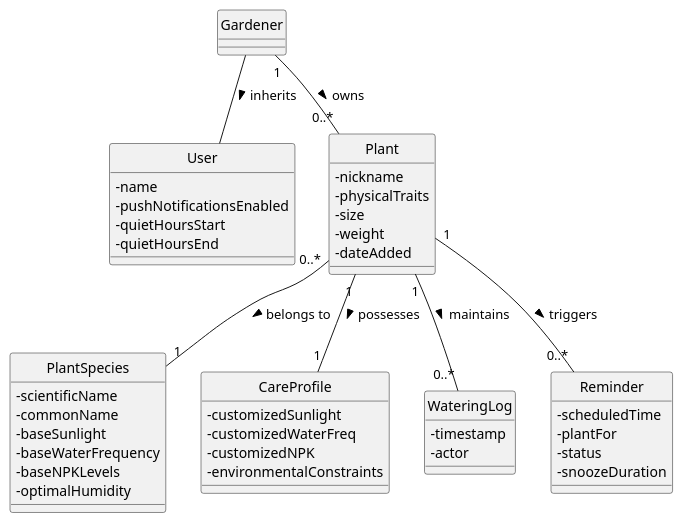
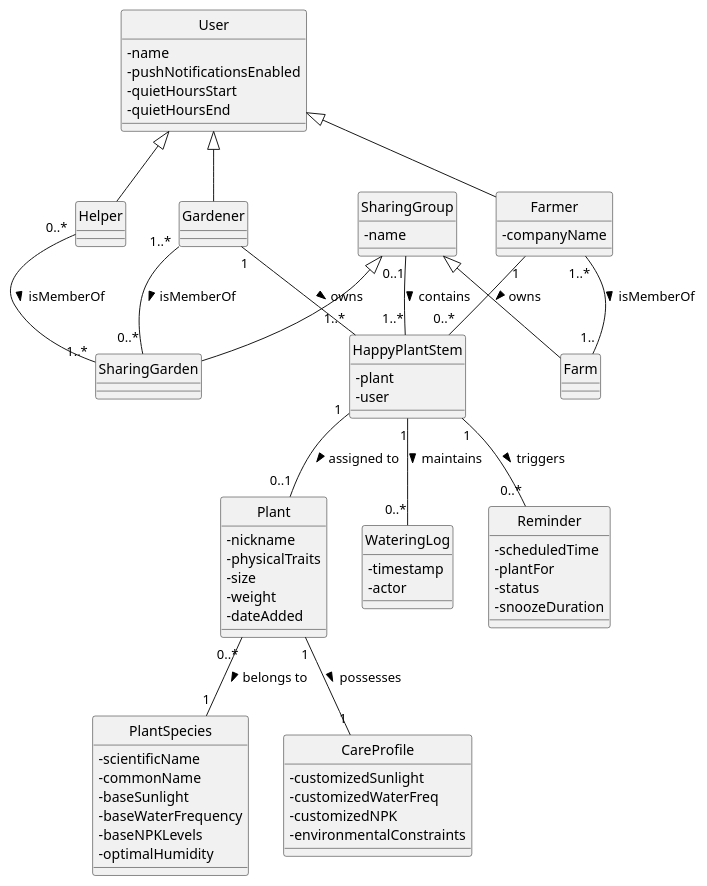
One commit to jakub-mata/uvod-do-soft-eng changed the diagram in docs/uml/class-diagram-uml.plantuml. Above: the diagram before and after it, drawn with PlantUML.

Commit message:
Enhance UML diagram with new classes and associations
Updated UML class diagram to include new classes and relationships.

```diff
--- a/docs/uml/class-diagram-uml.plantuml
+++ b/docs/uml/class-diagram-uml.plantuml
@@ -1,57 +1,87 @@
 @startuml
 hide circle
 skinparam classAttributeIconSize 0
 
 class User {
   - name
   - pushNotificationsEnabled
   - quietHoursStart
   - quietHoursEnd
 }
 
-class Gardener { }
+class Gardener extends User { }
+
+class Helper extends User { }
+
+class Farmer extends User {
+  - companyName
+}
+
+' Device for monitoring plants
+class HappyPlantStem {
+  - plant
+  - user
+}
+
+class SharingGroup {
+  - name
+}
+
+class SharingGarden extends SharingGroup { }
+
+class Farm extends SharingGroup { }
 
 class Plant {
   - nickname
   - physicalTraits
   - size
   - weight
   - dateAdded
 }
 
 class PlantSpecies {
   - scientificName
   - commonName
   - baseSunlight
   - baseWaterFrequency
   - baseNPKLevels
   - optimalHumidity
 }
 
 class CareProfile {
   - customizedSunlight
   - customizedWaterFreq
   - customizedNPK
   - environmentalConstraints
 }
 
 class WateringLog {
   - timestamp
   - actor 
 }
 
 class Reminder {
   - scheduledTime
   - plantFor
   - status
   - snoozeDuration
 }
 
-Gardener -- User : inherits > 
-Gardener "1" -- "0..*" Plant : owns >
+'Users owning Stem devices
+Gardener "1" -- "1..*" HappyPlantStem : owns >
+Farmer "1" -- "0..*" HappyPlantStem : owns >
+
+'Group membership
+Gardener "1..*" -- "0..*" SharingGarden : isMemberOf >
+Helper "0..*" -- "1..*" SharingGarden : isMemberOf >
+Farmer "1..*" -- "1.." Farm : isMemberOf > 
+SharingGroup "0..1" -- "1..*" HappyPlantStem : contains >
+
+'Stem device and plant relationships
+HappyPlantStem "1" -- "0..1" Plant : assigned to >
 Plant "0..*" -- "1" PlantSpecies : belongs to >
 Plant "1" -- "1" CareProfile : possesses >
-Plant "1" -- "0..*" WateringLog : maintains >
-Plant "1" -- "0..*" Reminder : triggers >
+HappyPlantStem "1" -- "0..*" WateringLog : maintains >
+HappyPlantStem "1" -- "0..*" Reminder : triggers >
 
 @enduml
```
